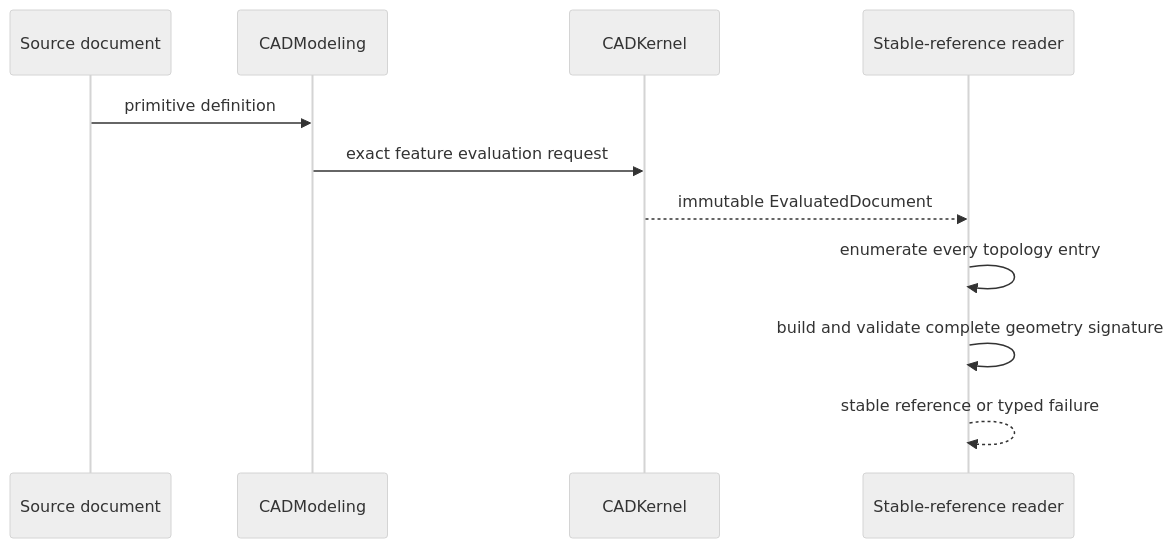
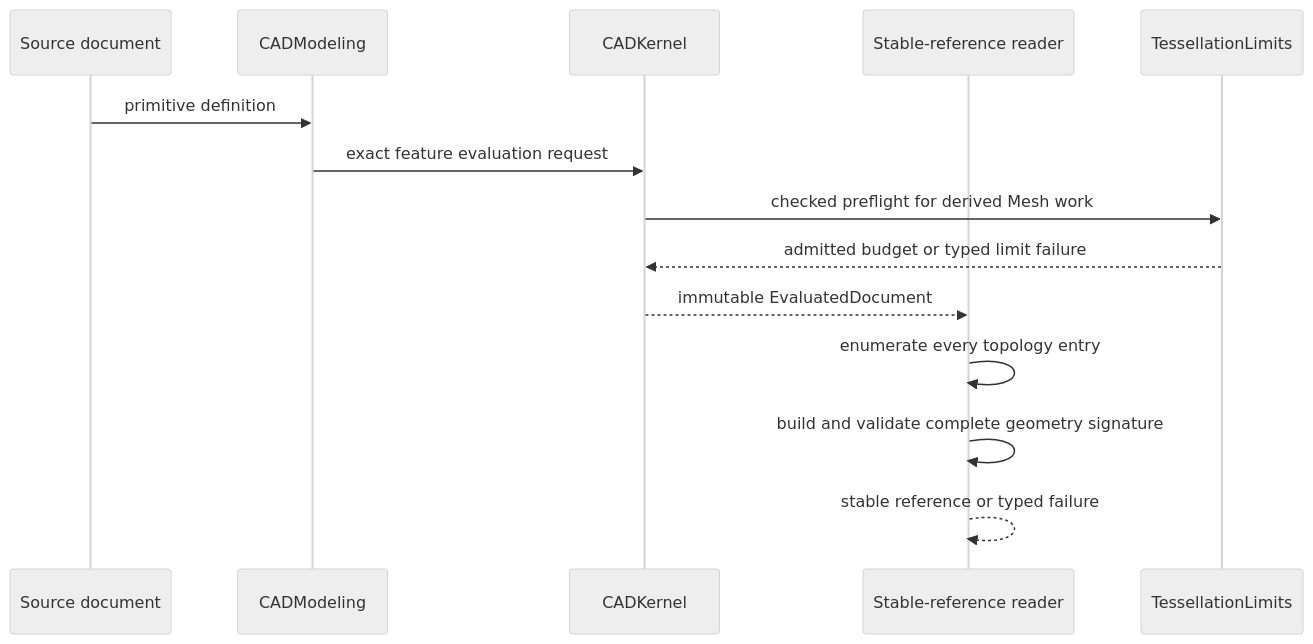
Before and after one commit to 1amageek/swift-CAD: the second of 2 diagrams in DESIGN.md, drawn with Mermaid (neutral theme). The commit also changed other lines of this file and 2 other files, not shown here.

Commit message:
Define bounded tessellation contracts

````diff
--- a/DESIGN.md
+++ b/DESIGN.md
@@ -84,13 +113,16 @@
 ```mermaid
 sequenceDiagram
     participant S as Source document
     participant M as CADModeling
     participant K as CADKernel
     participant R as Stable-reference reader
+    participant L as TessellationLimits
     S->>M: primitive definition
     M->>K: exact feature evaluation request
+    K->>L: checked preflight for derived Mesh work
+    L-->>K: admitted budget or typed limit failure
     K-->>R: immutable EvaluatedDocument
     R->>R: enumerate every topology entry
     R->>R: build and validate complete geometry signature
     R-->>R: stable reference or typed failure
 ```
````
